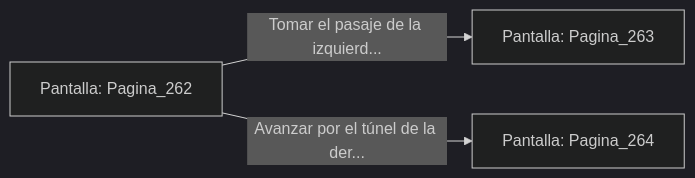
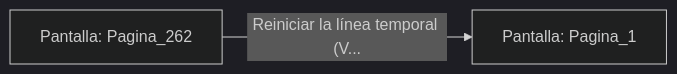
Before and after one commit to metsuke/mpl: the diagram in sample/eligejuego-vault/Pantalla_Pagina_262.md, drawn with Mermaid (dark theme). The commit also changed other lines of this file and 635 other files, not shown here.

First line of the commit message:
fix: añadir Pagina_1 como pantalla inicial en capitulo_01.mpl

````diff
--- a/sample/eligejuego-vault/Pantalla_Pagina_262.md
+++ b/sample/eligejuego-vault/Pantalla_Pagina_262.md
@@ -20,6 +17,5 @@
 ```mermaid
 graph LR
     P_Pagina_262["Pantalla: Pagina_262"]
-    P_Pagina_262 -->|"Tomar el pasaje de la izquierd..."| P_Pagina_263["Pantalla: Pagina_263"]
-    P_Pagina_262 -->|"Avanzar por el túnel de la der..."| P_Pagina_264["Pantalla: Pagina_264"]
+    P_Pagina_262 -->|"Reiniciar la línea temporal (V..."| P_Pagina_1["Pantalla: Pagina_1"]
 ```
````
